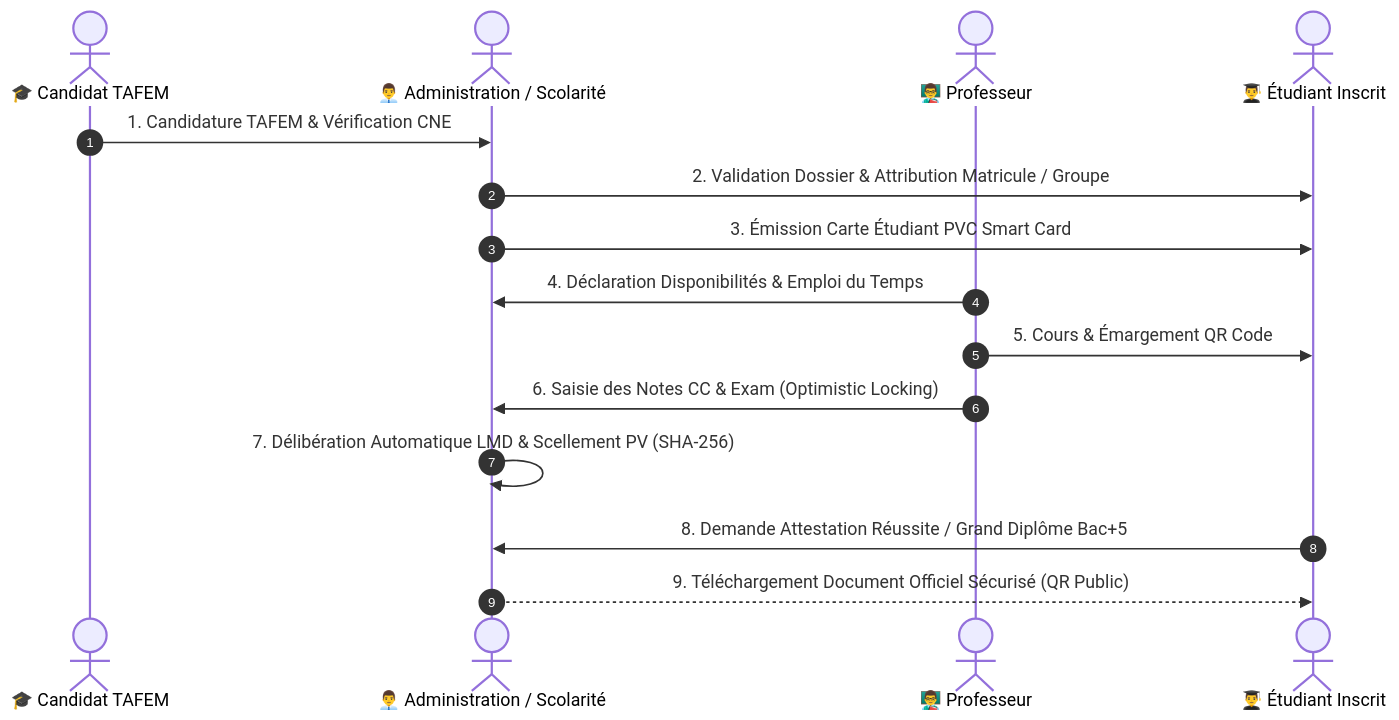
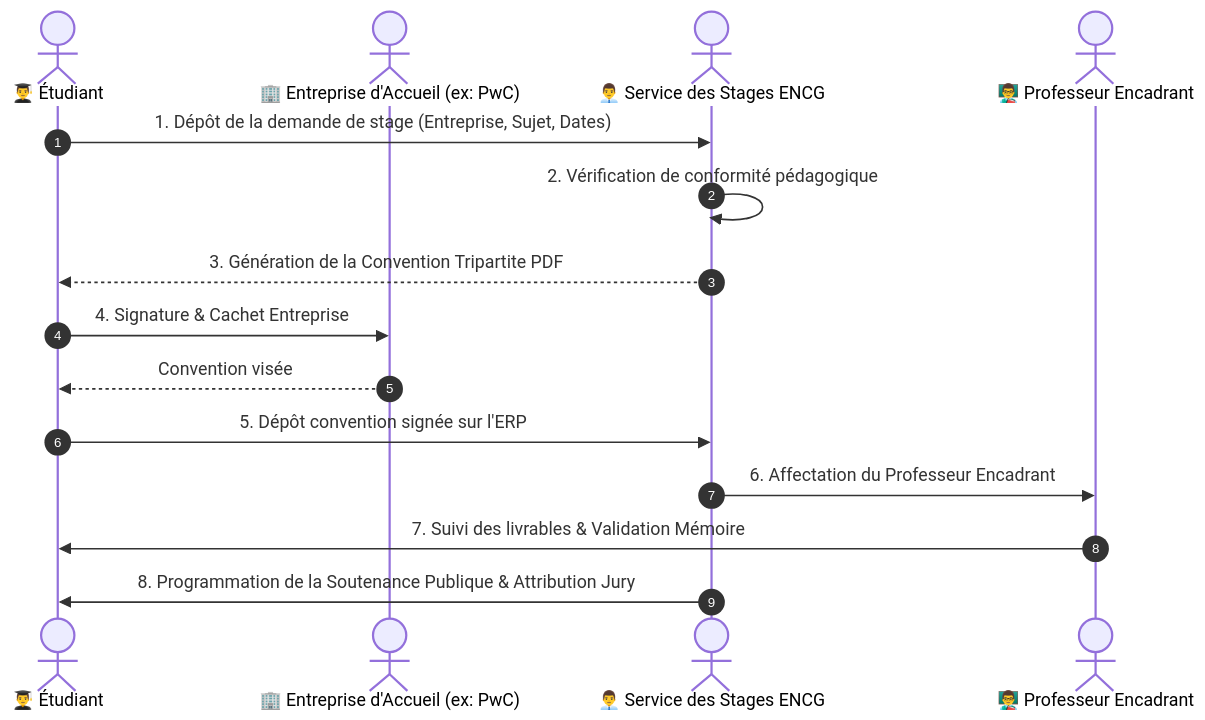
The fifth of 7 diagrams in README.md (radouane99/ENCG-ERP), drawn with Mermaid before and after one commit. The commit also changed other lines of this file, not shown here.

Commit message:
docs: create mega-detailed enterprise README with 6 mermaid diagrams, full RBAC matrix, 14 module deep dives, and QA testing tables

````diff
--- a/README.md
+++ b/README.md
@@ -168,18 +261,18 @@
 ```mermaid
 sequenceDiagram
     autonumber
-    actor Candidate as 🎓 Candidat TAFEM
-    actor Admin as 👨‍💼 Administration / Scolarité
-    actor Prof as 👨‍🏫 Professeur
-    actor Student as 👨‍🎓 Étudiant Inscrit
+    actor Student as 👨‍🎓 Étudiant
+    actor Enterprise as 🏢 Entreprise d'Accueil (ex: PwC)
+    actor Admin as 👨‍💼 Service des Stages ENCG
+    actor Prof as 👨‍🏫 Professeur Encadrant
 
-    Candidate->>Admin: 1. Candidature TAFEM & Vérification CNE
-    Admin->>Student: 2. Validation Dossier & Attribution Matricule / Groupe
-    Admin->>Student: 3. Émission Carte Étudiant PVC Smart Card
-    Prof->>Admin: 4. Déclaration Disponibilités & Emploi du Temps
-    Prof->>Student: 5. Cours & Émargement QR Code
-    Prof->>Admin: 6. Saisie des Notes CC & Exam (Optimistic Locking)
-    Admin->>Admin: 7. Délibération Automatique LMD & Scellement PV (SHA-256)
-    Student->>Admin: 8. Demande Attestation Réussite / Grand Diplôme Bac+5
-    Admin-->>Student: 9. Téléchargement Document Officiel Sécurisé (QR Public)
+    Student->>Admin: 1. Dépôt de la demande de stage (Entreprise, Sujet, Dates)
+    Admin->>Admin: 2. Vérification de conformité pédagogique
+    Admin-->>Student: 3. Génération de la Convention Tripartite PDF
+    Student->>Enterprise: 4. Signature & Cachet Entreprise
+    Enterprise-->>Student: Convention visée
+    Student->>Admin: 5. Dépôt convention signée sur l'ERP
+    Admin->>Prof: 6. Affectation du Professeur Encadrant
+    Prof->>Student: 7. Suivi des livrables & Validation Mémoire
+    Admin->>Student: 8. Programmation de la Soutenance Publique & Attribution Jury
 ```
````
